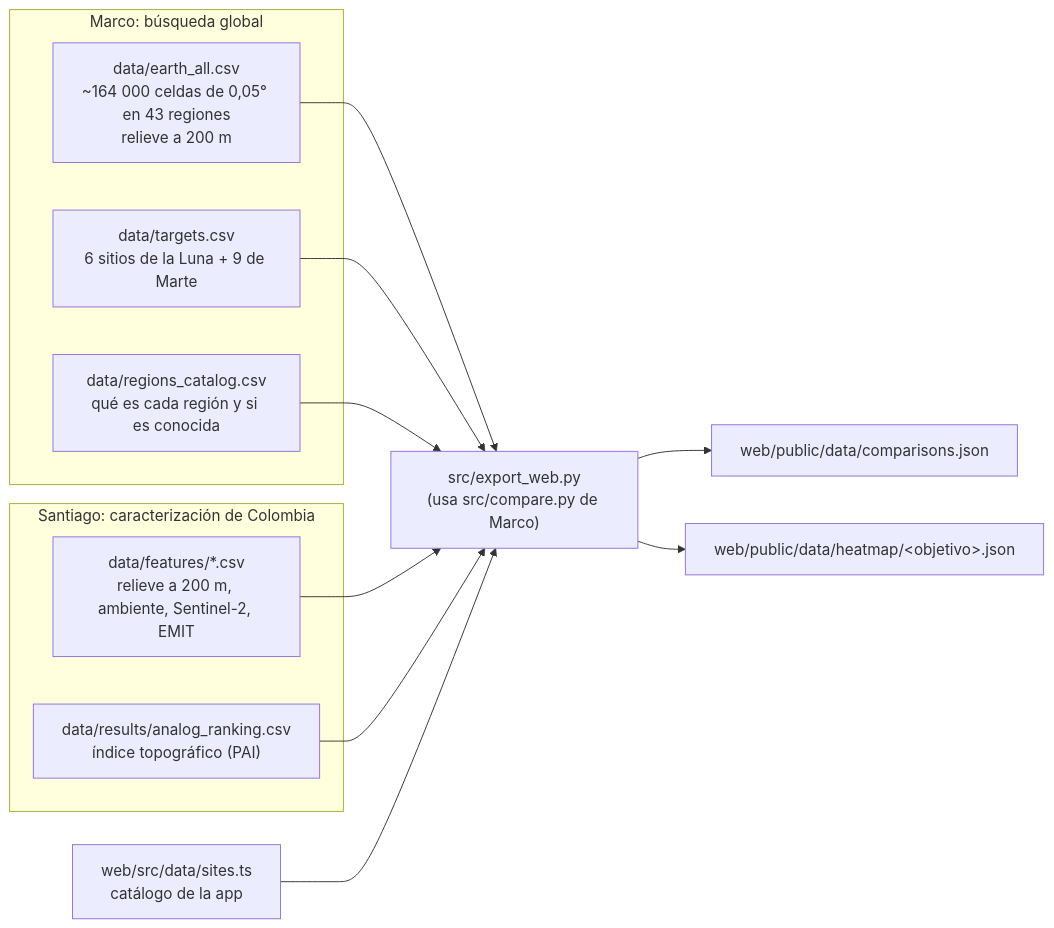
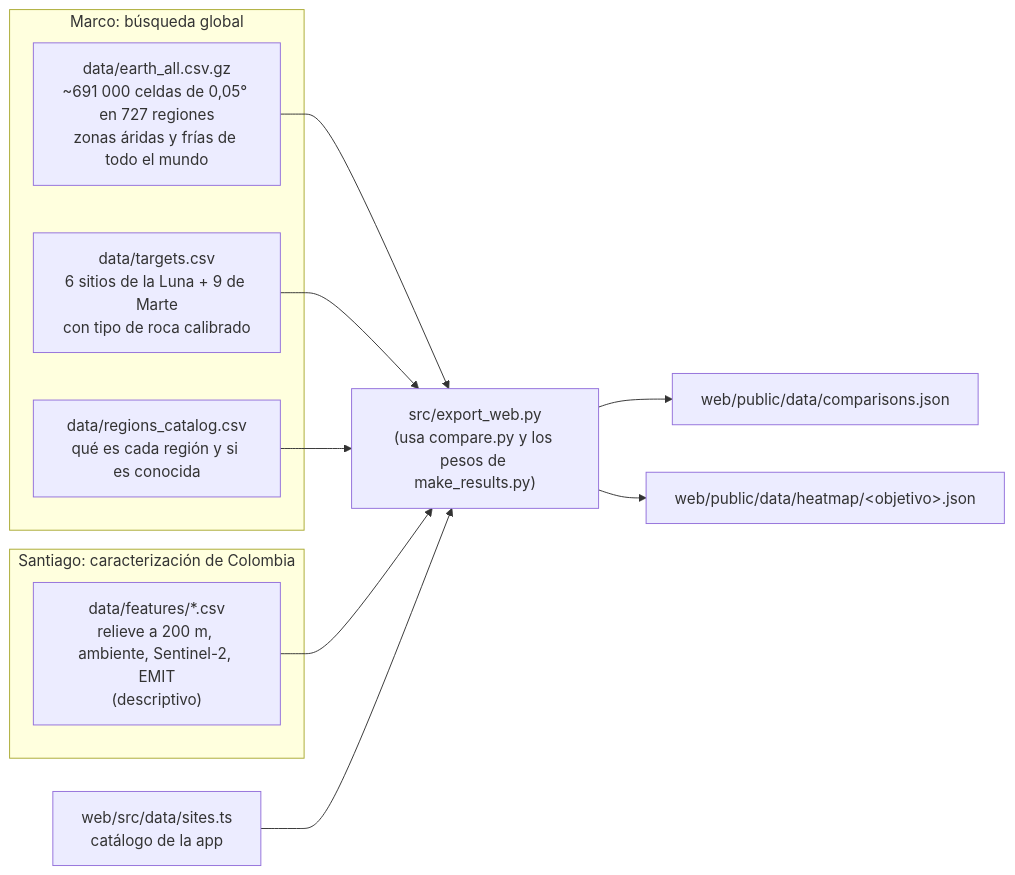
One commit to Mabeltranpe1/NASA_SPACE_APPS_2026 changed the diagram in docs/DATOS_WEB.md. Above: the diagram before and after it, drawn with Mermaid. The commit also changed other lines of this file and 34 other files, not shown here.

First line of the commit message:
data+viz: búsqueda mundial (727 regiones) con un solo sistema de puntajes

````diff
--- a/docs/DATOS_WEB.md
+++ b/docs/DATOS_WEB.md
@@ -7,24 +7,22 @@
 ```mermaid
 flowchart LR
     subgraph Marco["Marco: búsqueda global"]
-        E["data/earth_all.csv<br/>~164 000 celdas de 0,05° en 43 regiones<br/>relieve a 200 m"]
-        T["data/targets.csv<br/>6 sitios de la Luna + 9 de Marte"]
+        E["data/earth_all.csv.gz<br/>~691 000 celdas de 0,05° en 727 regiones<br/>zonas áridas y frías de todo el mundo"]
+        T["data/targets.csv<br/>6 sitios de la Luna + 9 de Marte<br/>con tipo de roca calibrado"]
         R["data/regions_catalog.csv<br/>qué es cada región y si es conocida"]
     end
     subgraph Santiago["Santiago: caracterización de Colombia"]
-        F["data/features/*.csv<br/>relieve a 200 m, ambiente, Sentinel-2, EMIT"]
-        P["data/results/analog_ranking.csv<br/>índice topográfico (PAI)"]
+        F["data/features/*.csv<br/>relieve a 200 m, ambiente, Sentinel-2, EMIT<br/>(descriptivo)"]
     end
     C["web/src/data/sites.ts<br/>catálogo de la app"]
-    X["src/export_web.py<br/>(usa src/compare.py de Marco)"]
+    X["src/export_web.py<br/>(usa compare.py y los pesos de make_results.py)"]
     J1["web/public/data/comparisons.json"]
     J2["web/public/data/heatmap/&lt;objetivo&gt;.json"]
     E --> X
     T --> X
     R --> X
     F --> X
-    P --> X
     C --> X
     X --> J1
     X --> J2
 ```
````
